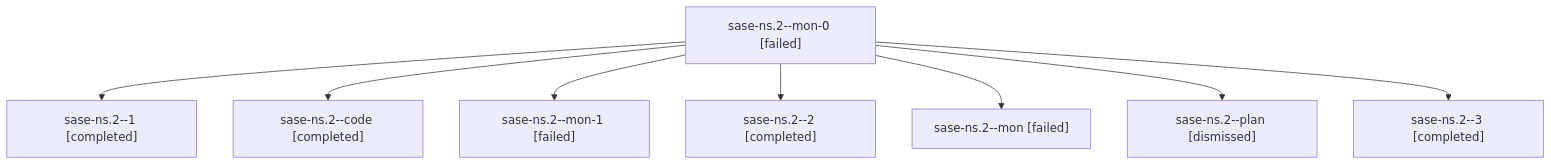
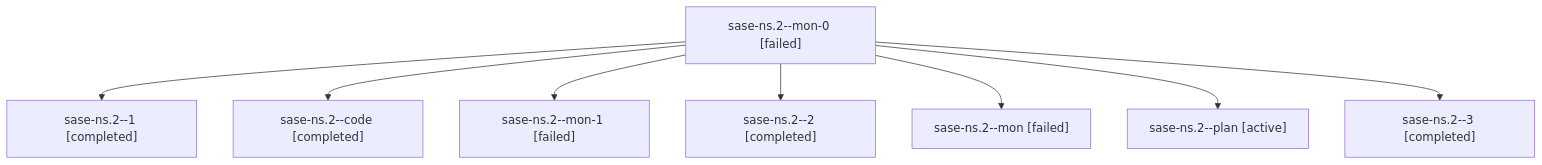
The diagram in families/bbugyi200.athena.sase-ns.2.md (sase-org/sase--agents), drawn with Mermaid before and after one commit. The commit also changed other lines of this file and 35830 other files, not shown here.

````diff
--- a/families/bbugyi200.athena.sase-ns.2.md
+++ b/families/bbugyi200.athena.sase-ns.2.md
@@ -9,18 +9,18 @@
 ```mermaid
 flowchart TD
   n0["sase-ns.2--mon-0 [failed]"]
   n1["sase-ns.2--1 [completed]"]
   n0 --> n1
   n2["sase-ns.2--code [completed]"]
   n0 --> n2
   n3["sase-ns.2--mon-1 [failed]"]
   n0 --> n3
   n4["sase-ns.2--2 [completed]"]
   n0 --> n4
   n5["sase-ns.2--mon [failed]"]
   n0 --> n5
-  n6["sase-ns.2--plan [dismissed]"]
+  n6["sase-ns.2--plan [active]"]
   n0 --> n6
   n7["sase-ns.2--3 [completed]"]
   n0 --> n7
 ```
````
